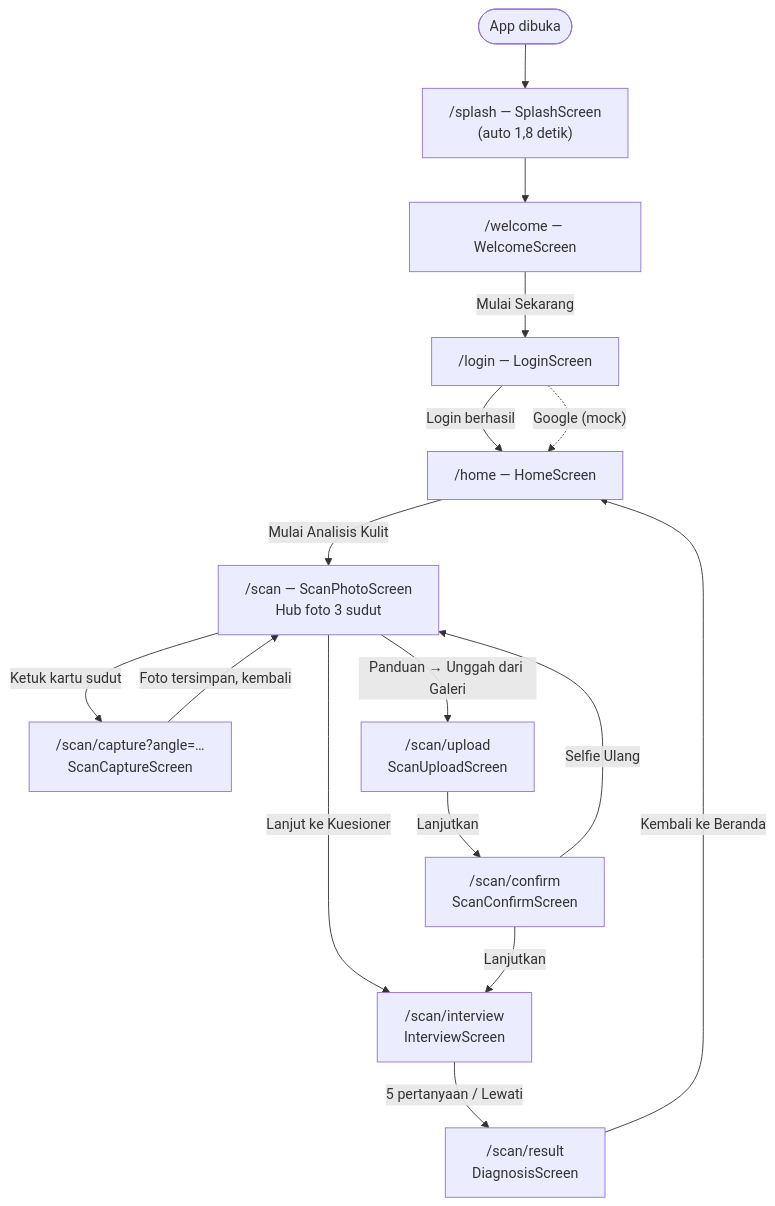
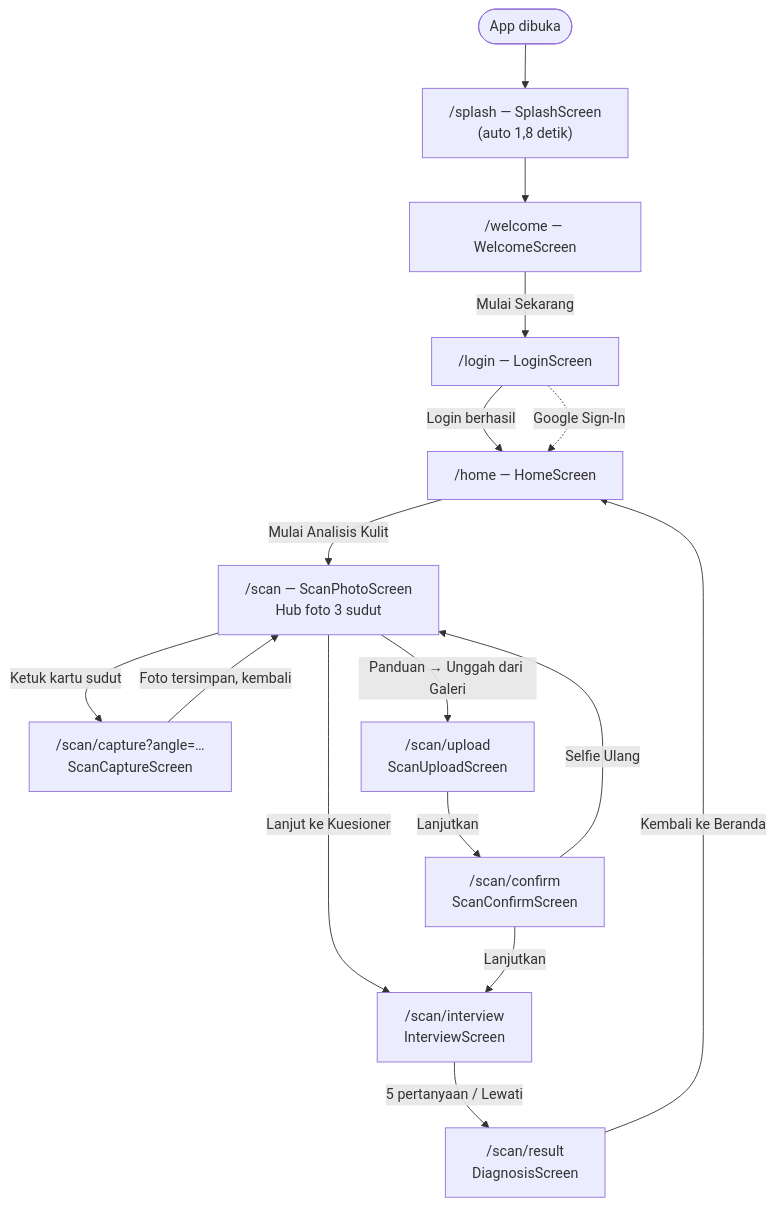
The first of 2 diagrams in docs/alur-pengguna.md (trialdyk/PBL-Skin-Problem-Detector), drawn with Mermaid before and after one commit. The commit also changed other lines of this file and 6 other files, not shown here.

````diff
--- a/docs/alur-pengguna.md
+++ b/docs/alur-pengguna.md
@@ -5,19 +5,19 @@
 ```mermaid
 flowchart TD
     Start([App dibuka]) --> Splash["/splash — SplashScreen<br/>(auto 1,8 detik)"]
     Splash --> Welcome["/welcome — WelcomeScreen"]
     Welcome -->|"Mulai Sekarang"| Login["/login — LoginScreen"]
     Login -->|"Login berhasil"| Home["/home — HomeScreen"]
-    Login -.->|"Google (mock)"| Home
+    Login -.->|"Google Sign-In"| Home
 
     Home -->|"Mulai Analisis Kulit"| Scan["/scan — ScanPhotoScreen<br/>Hub foto 3 sudut"]
     Scan -->|"Ketuk kartu sudut"| Capture["/scan/capture?angle=…<br/>ScanCaptureScreen"]
     Capture -->|"Foto tersimpan, kembali"| Scan
     Scan -->|"Panduan → Unggah dari Galeri"| Upload["/scan/upload<br/>ScanUploadScreen"]
     Scan -->|"Lanjut ke Kuesioner"| Interview["/scan/interview<br/>InterviewScreen"]
     Upload -->|"Lanjutkan"| Confirm["/scan/confirm<br/>ScanConfirmScreen"]
     Confirm -->|"Lanjutkan"| Interview
     Confirm -->|"Selfie Ulang"| Scan
     Interview -->|"5 pertanyaan / Lewati"| Result["/scan/result<br/>DiagnosisScreen"]
     Result -->|"Kembali ke Beranda"| Home
 ```
````
